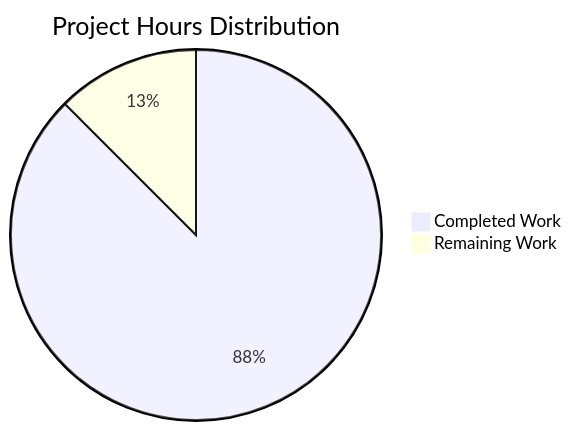
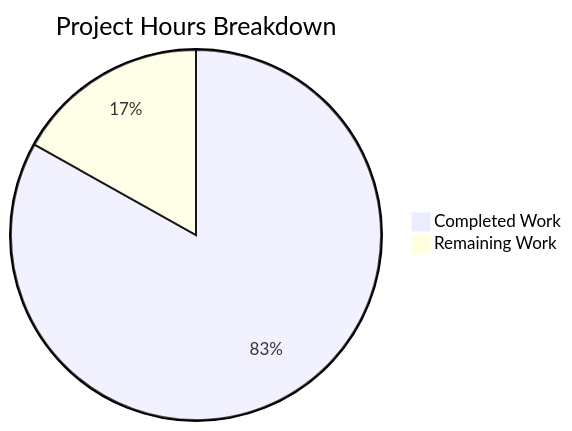
The first of 2 diagrams in blitzy/documentation/Project Guide.md (lakshya-blitzy/hello_world_Oct_2025), drawn with Mermaid before and after one commit. The commit also changed other lines of this file, not shown here.

Commit message:
Adding Blitzy Project Guide: Project Status and Human Tasks Remaining

````diff
--- a/blitzy/documentation/Project Guide.md
+++ b/blitzy/documentation/Project Guide.md
@@ -26,5 +83,5 @@
 ```mermaid
-pie title Project Hours Distribution
-    "Completed Work" : 35
-    "Remaining Work" : 5
+pie title Project Hours Breakdown
+    "Completed Work" : 32
+    "Remaining Work" : 6.5
 ```
````
